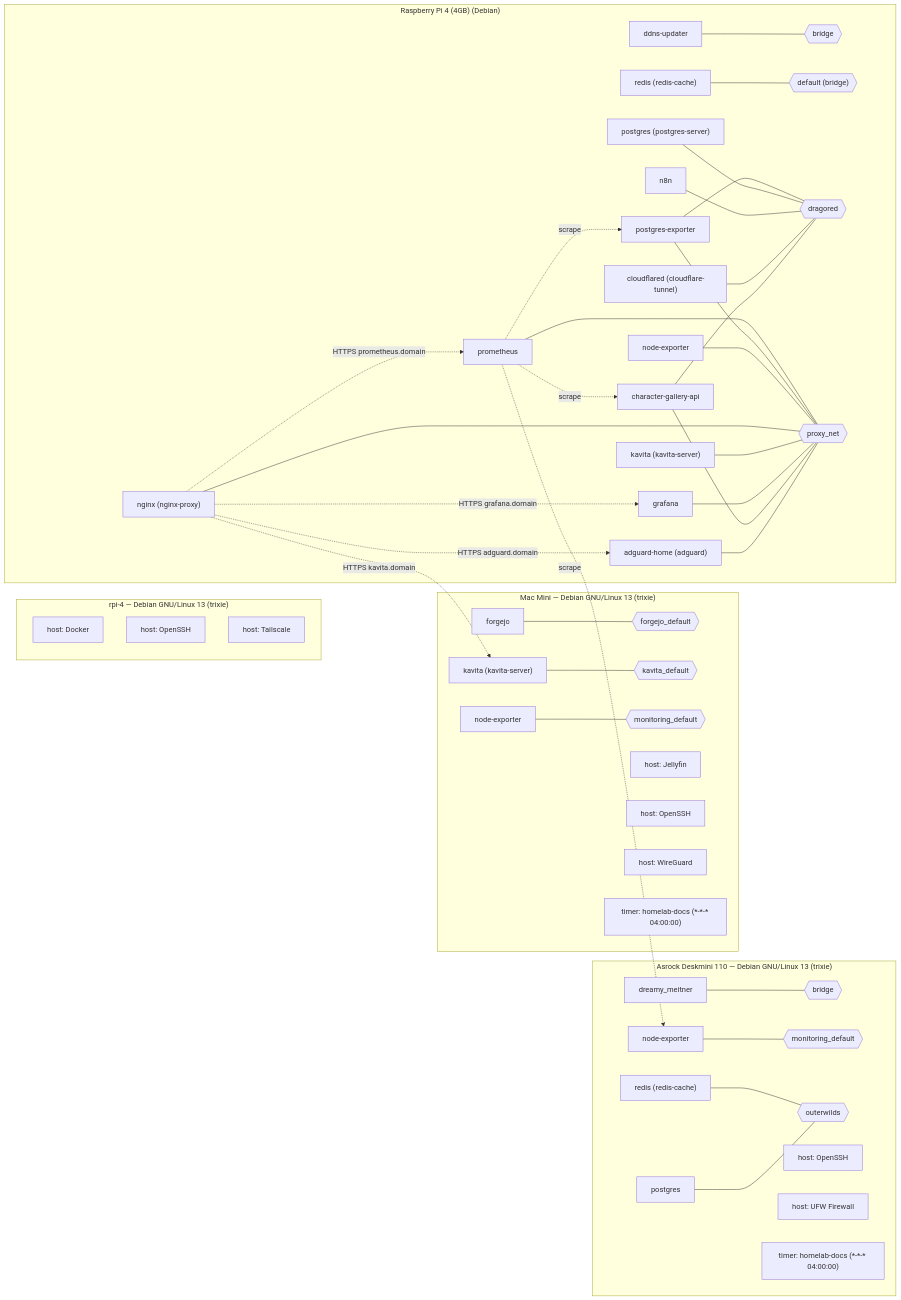
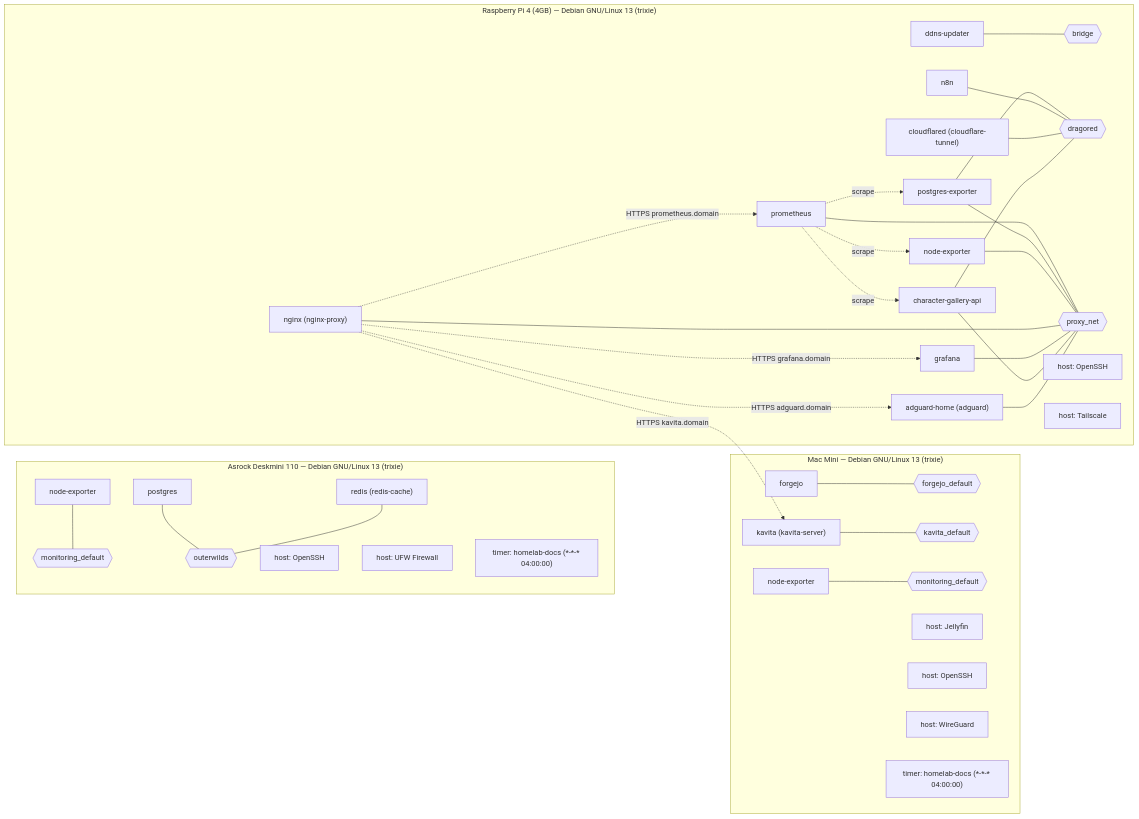
One commit to dZev1/home-lab changed the diagram in README.md. Above: the diagram before and after it, drawn with Mermaid. The commit also changed other lines of this file and 7 other files, not shown here.

````diff
--- a/README.md
+++ b/README.md
@@ -36,80 +35,67 @@
 ```mermaid
 flowchart LR
   subgraph node_deskmini["Asrock Deskmini 110 — Debian GNU/Linux 13 (trixie)"]
-    net_deskmini_bridge{{"bridge"}}
     net_deskmini_monitoring_default{{"monitoring_default"}}
     net_deskmini_outerwilds{{"outerwilds"}}
-    svc_deskmini_dreamy_meitner["dreamy_meitner"]
-    svc_deskmini_dreamy_meitner --- net_deskmini_bridge
     svc_deskmini_node_exporter["node-exporter"]
     svc_deskmini_node_exporter --- net_deskmini_monitoring_default
     svc_deskmini_postgres["postgres"]
     svc_deskmini_postgres --- net_deskmini_outerwilds
     svc_deskmini_redis["redis (redis-cache)"]
     svc_deskmini_redis --- net_deskmini_outerwilds
     hs_deskmini_1["host: OpenSSH"]
     hs_deskmini_2["host: UFW Firewall"]
     tm_deskmini_0["timer: homelab-docs (*-*-* 04:00:00)"]
   end
   subgraph node_mac_mini["Mac Mini — Debian GNU/Linux 13 (trixie)"]
-    net_mac-mini_forgejo_default{{"forgejo_default"}}
-    net_mac-mini_kavita_default{{"kavita_default"}}
-    net_mac-mini_monitoring_default{{"monitoring_default"}}
-    svc_mac-mini_forgejo["forgejo"]
-    svc_mac-mini_forgejo --- net_mac-mini_forgejo_default
-    svc_mac-mini_kavita["kavita (kavita-server)"]
-    svc_mac-mini_kavita --- net_mac-mini_kavita_default
-    svc_mac-mini_node_exporter["node-exporter"]
-    svc_mac-mini_node_exporter --- net_mac-mini_monitoring_default
-    hs_mac-mini_1["host: Jellyfin"]
-    hs_mac-mini_2["host: OpenSSH"]
-    hs_mac-mini_3["host: WireGuard"]
-    tm_mac-mini_0["timer: homelab-docs (*-*-* 04:00:00)"]
+    net_mac_mini_forgejo_default{{"forgejo_default"}}
+    net_mac_mini_kavita_default{{"kavita_default"}}
+    net_mac_mini_monitoring_default{{"monitoring_default"}}
+    svc_mac_mini_forgejo["forgejo"]
+    svc_mac_mini_forgejo --- net_mac_mini_forgejo_default
+    svc_mac_mini_kavita["kavita (kavita-server)"]
+    svc_mac_mini_kavita --- net_mac_mini_kavita_default
+    svc_mac_mini_node_exporter["node-exporter"]
+    svc_mac_mini_node_exporter --- net_mac_mini_monitoring_default
+    hs_mac_mini_1["host: Jellyfin"]
+    hs_mac_mini_2["host: OpenSSH"]
+    hs_mac_mini_3["host: WireGuard"]
+    tm_mac_mini_0["timer: homelab-docs (*-*-* 04:00:00)"]
   end
-  subgraph node_rpi_4["rpi-4 — Debian GNU/Linux 13 (trixie)"]
-    hs_rpi-4_0["host: Docker"]
-    hs_rpi-4_1["host: OpenSSH"]
-    hs_rpi-4_2["host: Tailscale"]
+  subgraph node_rpi_4["Raspberry Pi 4 (4GB) — Debian GNU/Linux 13 (trixie)"]
+    net_rpi_4_bridge{{"bridge"}}
+    net_rpi_4_dragored{{"dragored"}}
+    net_rpi_4_proxy_net{{"proxy_net"}}
+    svc_rpi_4_adguard_home["adguard-home (adguard)"]
+    svc_rpi_4_adguard_home --- net_rpi_4_proxy_net
+    svc_rpi_4_character_gallery_api["character-gallery-api"]
+    svc_rpi_4_character_gallery_api --- net_rpi_4_dragored
+    svc_rpi_4_character_gallery_api --- net_rpi_4_proxy_net
+    svc_rpi_4_cloudflared["cloudflared (cloudflare-tunnel)"]
+    svc_rpi_4_cloudflared --- net_rpi_4_dragored
+    svc_rpi_4_ddns_updater["ddns-updater"]
+    svc_rpi_4_ddns_updater --- net_rpi_4_bridge
+    svc_rpi_4_grafana["grafana"]
+    svc_rpi_4_grafana --- net_rpi_4_proxy_net
+    svc_rpi_4_n8n["n8n"]
+    svc_rpi_4_n8n --- net_rpi_4_dragored
+    svc_rpi_4_nginx["nginx (nginx-proxy)"]
+    svc_rpi_4_nginx --- net_rpi_4_proxy_net
+    svc_rpi_4_node_exporter["node-exporter"]
+    svc_rpi_4_node_exporter --- net_rpi_4_proxy_net
+    svc_rpi_4_postgres_exporter["postgres-exporter"]
+    svc_rpi_4_postgres_exporter --- net_rpi_4_proxy_net
+    svc_rpi_4_postgres_exporter --- net_rpi_4_dragored
+    svc_rpi_4_prometheus["prometheus"]
+    svc_rpi_4_prometheus --- net_rpi_4_proxy_net
+    hs_rpi_4_1["host: OpenSSH"]
+    hs_rpi_4_2["host: Tailscale"]
   end
-  subgraph node_rpi4["Raspberry Pi 4 (4GB) (Debian)"]
-    net_rpi4_bridge{{"bridge"}}
-    net_rpi4_default__bridge_{{"default (bridge)"}}
-    net_rpi4_dragored{{"dragored"}}
-    net_rpi4_proxy_net{{"proxy_net"}}
-    svc_rpi4_adguard_home["adguard-home (adguard)"]
-    svc_rpi4_adguard_home --- net_rpi4_proxy_net
-    svc_rpi4_character_gallery_api["character-gallery-api"]
-    svc_rpi4_character_gallery_api --- net_rpi4_dragored
-    svc_rpi4_character_gallery_api --- net_rpi4_proxy_net
-    svc_rpi4_cloudflared["cloudflared (cloudflare-tunnel)"]
-    svc_rpi4_cloudflared --- net_rpi4_dragored
-    svc_rpi4_ddns_updater["ddns-updater"]
-    svc_rpi4_ddns_updater --- net_rpi4_bridge
-    svc_rpi4_grafana["grafana"]
-    svc_rpi4_grafana --- net_rpi4_proxy_net
-    svc_rpi4_kavita["kavita (kavita-server)"]
-    svc_rpi4_kavita --- net_rpi4_proxy_net
-    svc_rpi4_n8n["n8n"]
-    svc_rpi4_n8n --- net_rpi4_dragored
-    svc_rpi4_nginx["nginx (nginx-proxy)"]
-    svc_rpi4_nginx --- net_rpi4_proxy_net
-    svc_rpi4_node_exporter["node-exporter"]
-    svc_rpi4_node_exporter --- net_rpi4_proxy_net
-    svc_rpi4_postgres["postgres (postgres-server)"]
-    svc_rpi4_postgres --- net_rpi4_dragored
-    svc_rpi4_postgres_exporter["postgres-exporter"]
-    svc_rpi4_postgres_exporter --- net_rpi4_proxy_net
-    svc_rpi4_postgres_exporter --- net_rpi4_dragored
-    svc_rpi4_prometheus["prometheus"]
-    svc_rpi4_prometheus --- net_rpi4_proxy_net
-    svc_rpi4_redis["redis (redis-cache)"]
-    svc_rpi4_redis --- net_rpi4_default__bridge_
-  end
-  svc_rpi4_nginx -. "HTTPS adguard.domain" .-> svc_rpi4_adguard_home
-  svc_rpi4_nginx -. "HTTPS grafana.domain" .-> svc_rpi4_grafana
-  svc_rpi4_nginx -. "HTTPS prometheus.domain" .-> svc_rpi4_prometheus
-  svc_rpi4_nginx -. "HTTPS kavita.domain" .-> svc_mac-mini_kavita
-  svc_rpi4_prometheus -. "scrape" .-> svc_deskmini_node_exporter
-  svc_rpi4_prometheus -. "scrape" .-> svc_rpi4_character_gallery_api
-  svc_rpi4_prometheus -. "scrape" .-> svc_rpi4_postgres_exporter
+  svc_rpi_4_nginx -. "HTTPS adguard.domain" .-> svc_rpi_4_adguard_home
+  svc_rpi_4_nginx -. "HTTPS grafana.domain" .-> svc_rpi_4_grafana
+  svc_rpi_4_nginx -. "HTTPS prometheus.domain" .-> svc_rpi_4_prometheus
+  svc_rpi_4_nginx -. "HTTPS kavita.domain" .-> svc_mac_mini_kavita
+  svc_rpi_4_prometheus -. "scrape" .-> svc_rpi_4_node_exporter
+  svc_rpi_4_prometheus -. "scrape" .-> svc_rpi_4_character_gallery_api
+  svc_rpi_4_prometheus -. "scrape" .-> svc_rpi_4_postgres_exporter
 ```
````
